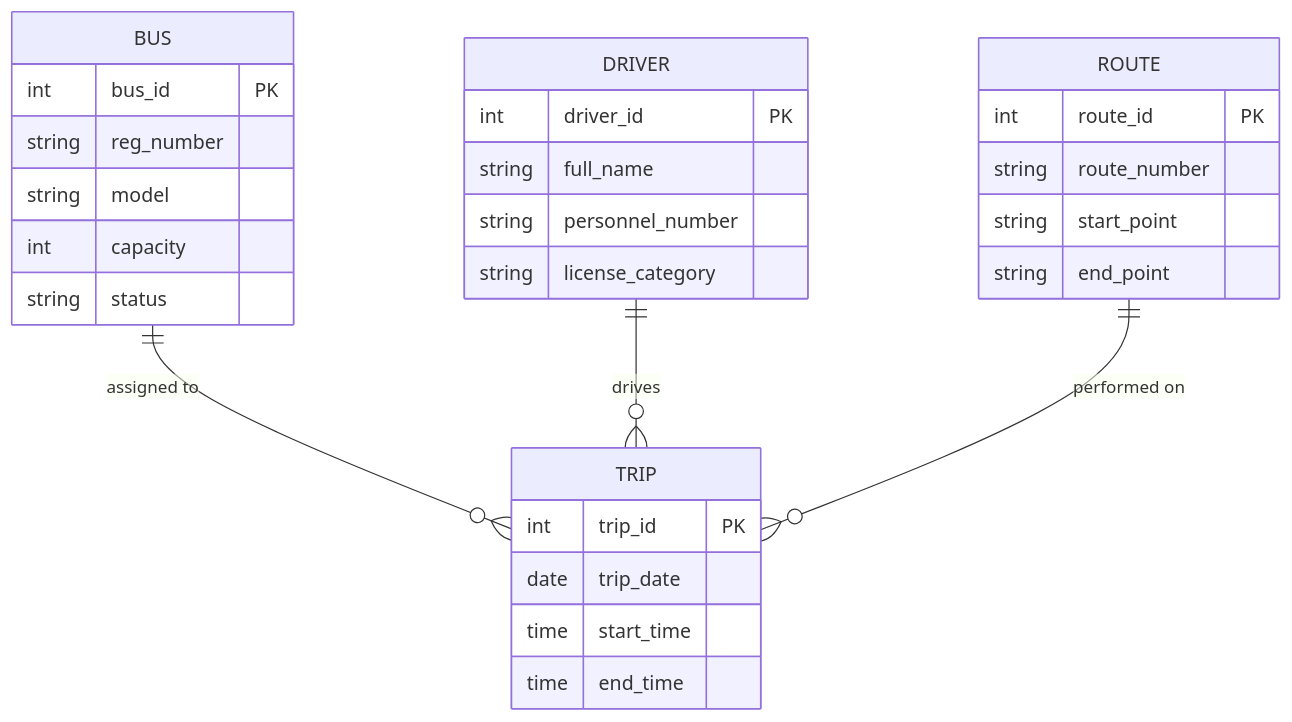
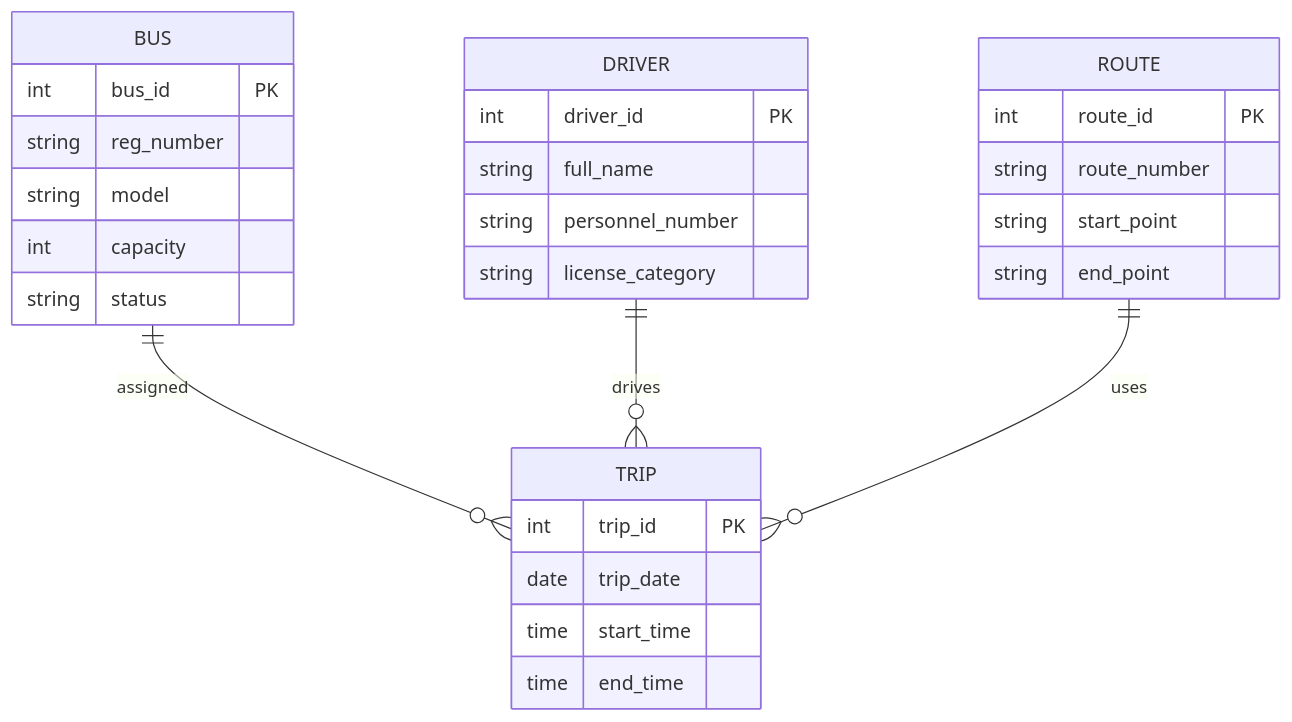
The first of 7 diagrams in README.md (kirill483/ep), drawn with Mermaid before and after one commit. The commit also changed other lines of this file, not shown here.

````diff
--- a/README.md
+++ b/README.md
@@ -45,35 +32,35 @@
 ```mermaid
 erDiagram
     BUS {
         int bus_id PK
         string reg_number
         string model
         int capacity
         string status
     }
 
     DRIVER {
         int driver_id PK
         string full_name
         string personnel_number
         string license_category
     }
 
     ROUTE {
         int route_id PK
         string route_number
         string start_point
         string end_point
     }
 
     TRIP {
         int trip_id PK
         date trip_date
         time start_time
         time end_time
     }
 
-    BUS ||--o{ TRIP : "assigned to"
-    DRIVER ||--o{ TRIP : "drives"
-    ROUTE ||--o{ TRIP : "performed on"
+    BUS ||--o{ TRIP : assigned
+    DRIVER ||--o{ TRIP : drives
+    ROUTE ||--o{ TRIP : uses
 ```
````
